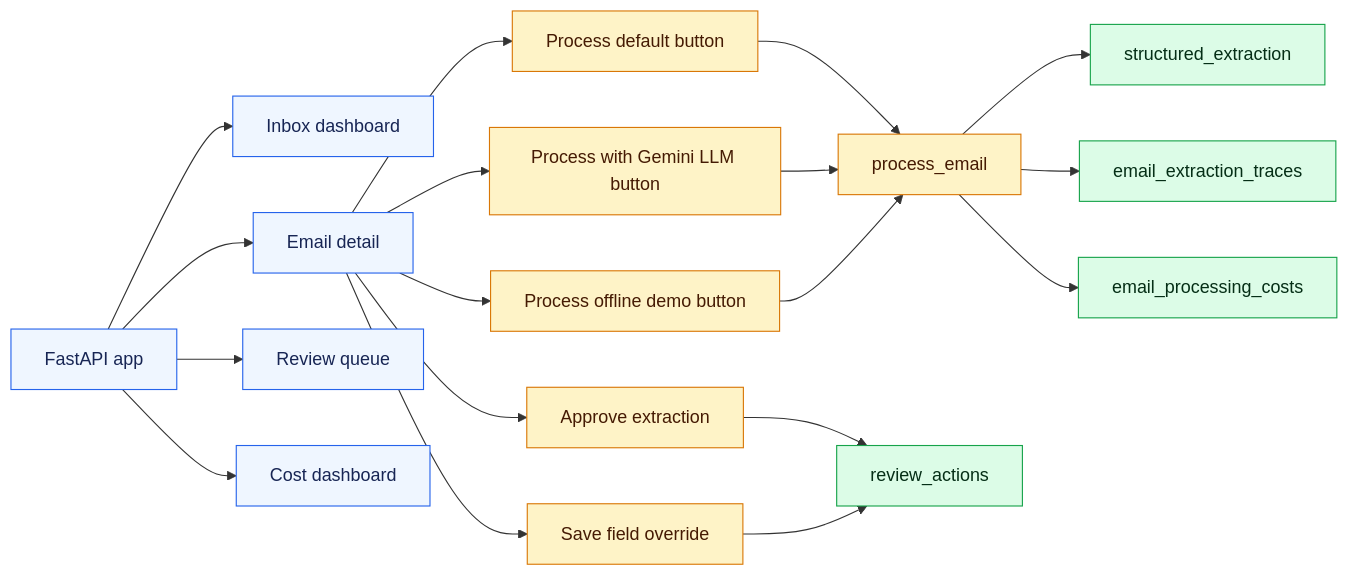
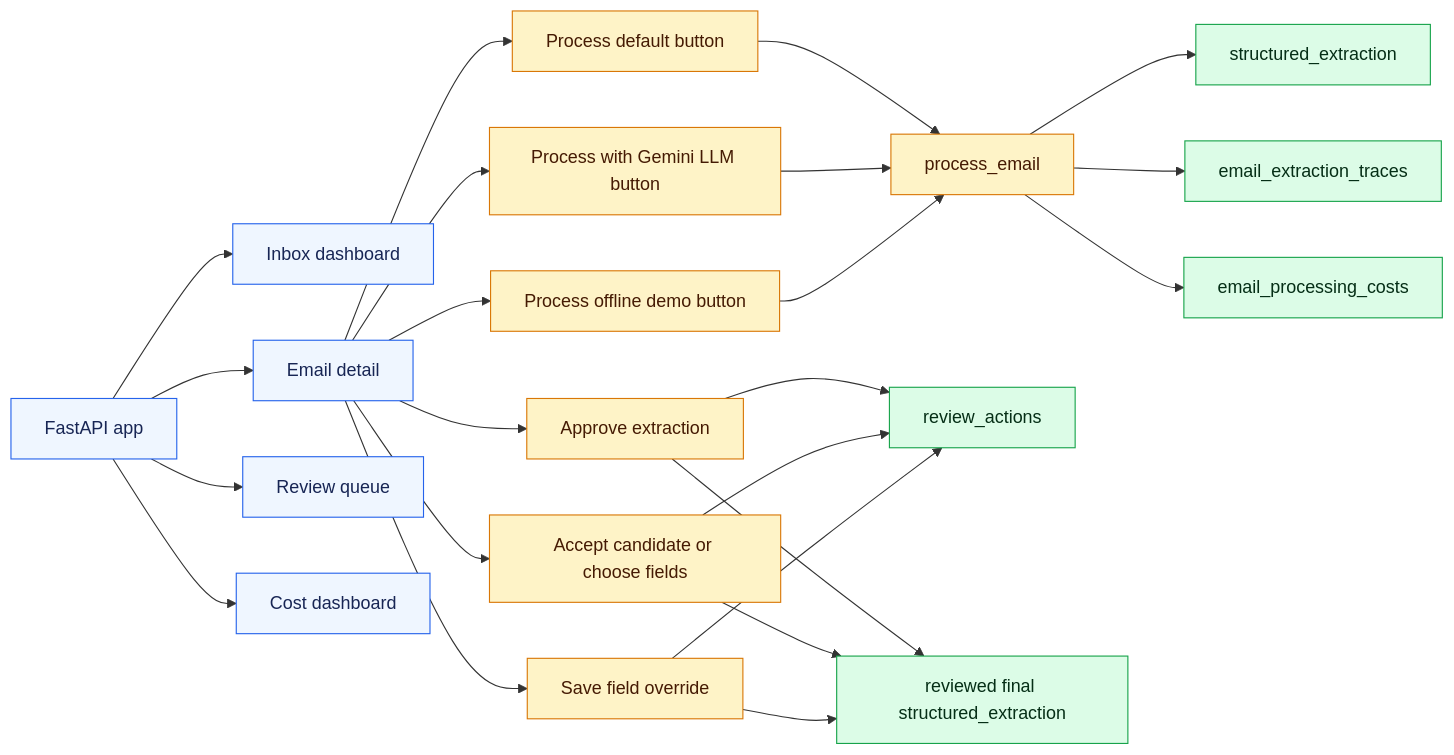
One commit to gustavorubim/inbox-da changed the fourth of 13 diagrams in README.md. Above: the diagram before and after it, drawn with Mermaid. The commit also changed other lines of this file and 11 other files, not shown here.

First line of the commit message:
feat: implement append-only review audit flow, candidate selection & vision fix

````diff
--- a/README.md
+++ b/README.md
@@ -193,27 +193,32 @@
 ```mermaid
 flowchart LR
     web["FastAPI app"] --> inbox["Inbox dashboard"]
     web --> detail["Email detail"]
     web --> review["Review queue"]
     web --> cost["Cost dashboard"]
     detail --> process["Process default button"]
     detail --> live["Process with Gemini LLM button"]
     detail --> offline["Process offline demo button"]
     process --> agent["process_email"]
     live --> agent
     offline --> agent
     detail --> approve["Approve extraction"]
+    detail --> candidate["Accept candidate or choose fields"]
     detail --> override["Save field override"]
     approve --> audit["review_actions"]
+    candidate --> audit
     override --> audit
+    approve --> reviewed["reviewed final structured_extraction"]
+    candidate --> reviewed
+    override --> reviewed
     agent --> extraction["structured_extraction"]
     agent --> traces["email_extraction_traces"]
     agent --> costs["email_processing_costs"]
 
     classDef ui fill:#eff6ff,stroke:#2563eb,color:#172554
     classDef action fill:#fef3c7,stroke:#d97706,color:#451a03
     classDef db fill:#dcfce7,stroke:#16a34a,color:#052e16
     class web,inbox,detail,review,cost ui
-    class process,live,offline,approve,override,agent action
-    class audit,extraction,traces,costs db
+    class process,live,offline,approve,candidate,override,agent action
+    class audit,reviewed,extraction,traces,costs db
 ```
````
